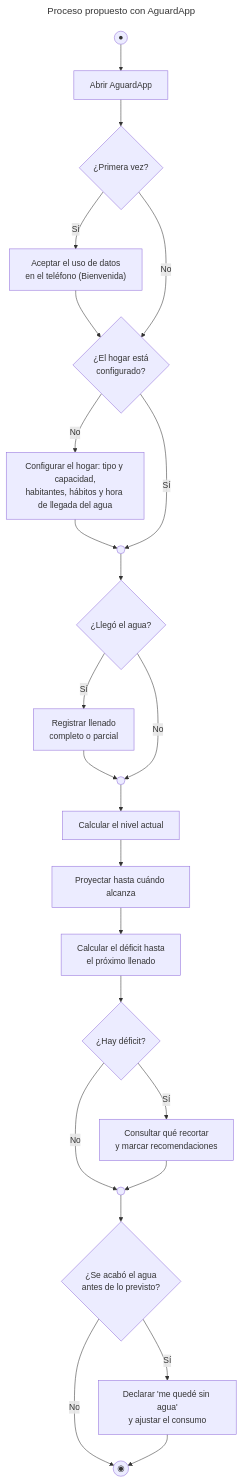
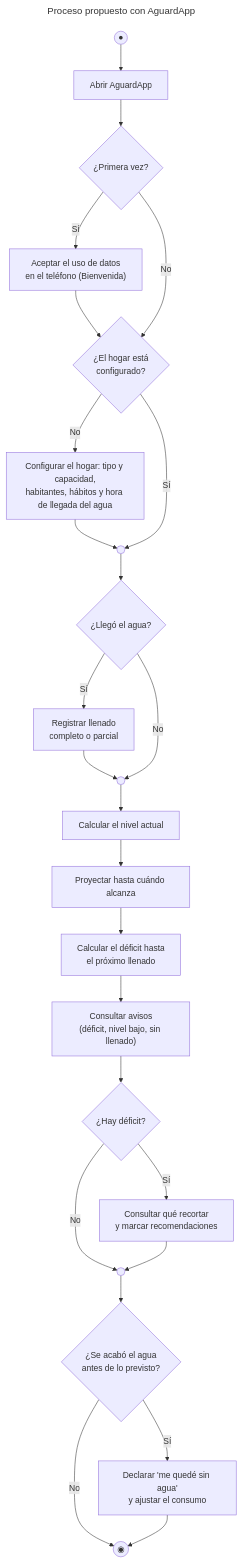
One commit to IkerASierraR/AguardApp changed the third of 9 diagrams in informes/FD03-SRS.md. Above: the diagram before and after it, drawn with Mermaid. The commit also changed other lines of this file and 2 other files, not shown here.

````diff
--- a/informes/FD03-SRS.md
+++ b/informes/FD03-SRS.md
@@ -123,29 +124,30 @@
 ```mermaid
 ---
 title: Proceso propuesto con AguardApp
 ---
 flowchart TD
     S((●)) --> A1["Abrir AguardApp"]
     A1 --> D0{"¿Primera vez?"}
     D0 -- Sí --> A0["Aceptar el uso de datos<br/>en el teléfono (Bienvenida)"]
     A0 --> D1
     D0 -- No --> D1{"¿El hogar está<br/>configurado?"}
     D1 -- No --> A2["Configurar el hogar: tipo y capacidad,<br/>habitantes, hábitos y hora de llegada del agua"]
     A2 --> M1(( ))
     D1 -- Sí --> M1
     M1 --> D2{"¿Llegó el agua?"}
     D2 -- Sí --> A3["Registrar llenado<br/>completo o parcial"]
     A3 --> M2(( ))
     D2 -- No --> M2
     M2 --> A4["Calcular el nivel actual"]
     A4 --> A5["Proyectar hasta cuándo alcanza"]
     A5 --> A6["Calcular el déficit hasta<br/>el próximo llenado"]
-    A6 --> D3{"¿Hay déficit?"}
+    A6 --> AV["Consultar avisos<br/>(déficit, nivel bajo, sin llenado)"]
+    AV --> D3{"¿Hay déficit?"}
     D3 -- Sí --> A7["Consultar qué recortar<br/>y marcar recomendaciones"]
     D3 -- No --> M3(( ))
     A7 --> M3
     M3 --> D4{"¿Se acabó el agua<br/>antes de lo previsto?"}
     D4 -- Sí --> A8["Declarar 'me quedé sin agua'<br/>y ajustar el consumo"]
     D4 -- No --> E((◉))
     A8 --> E
 ```
````
